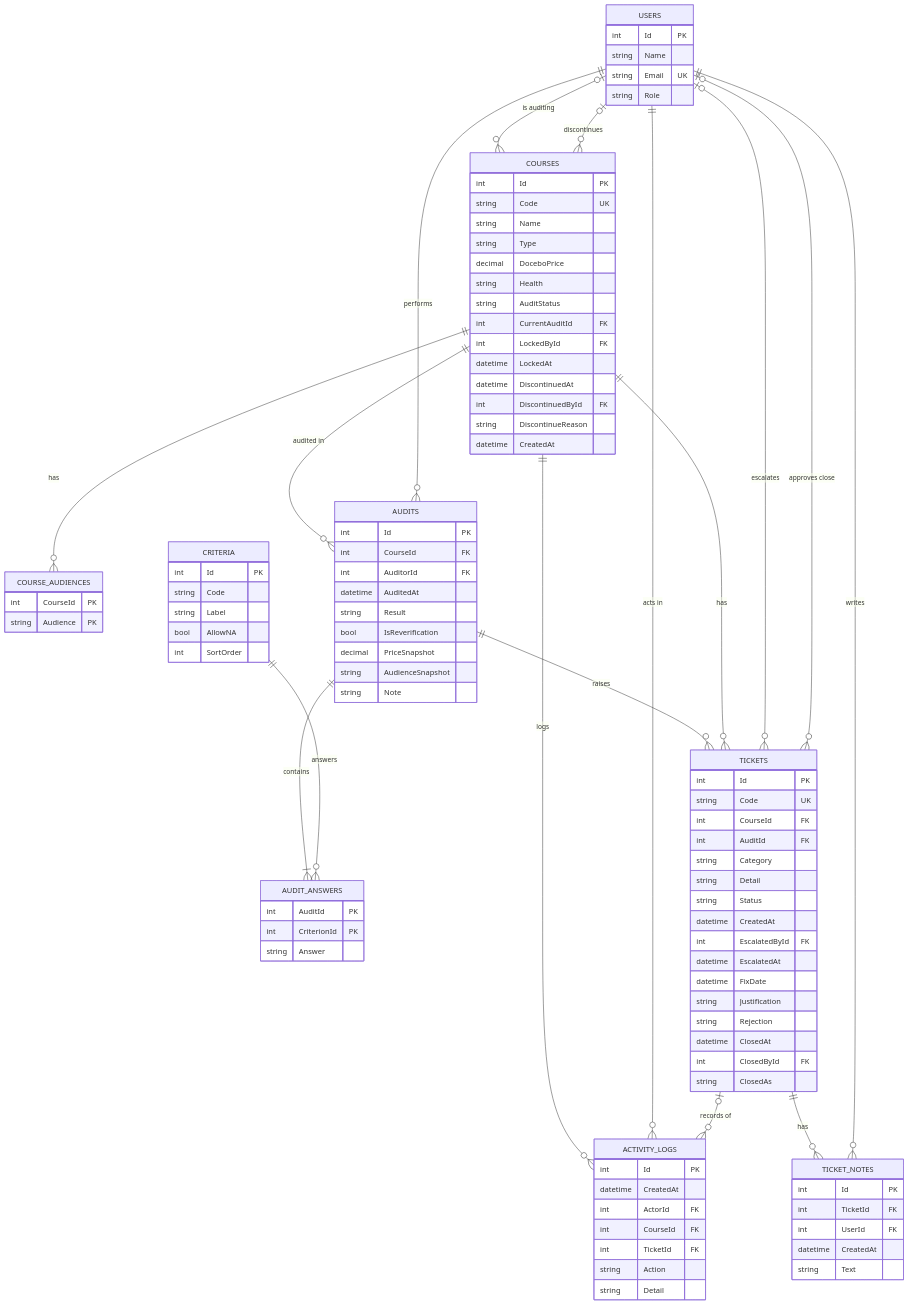
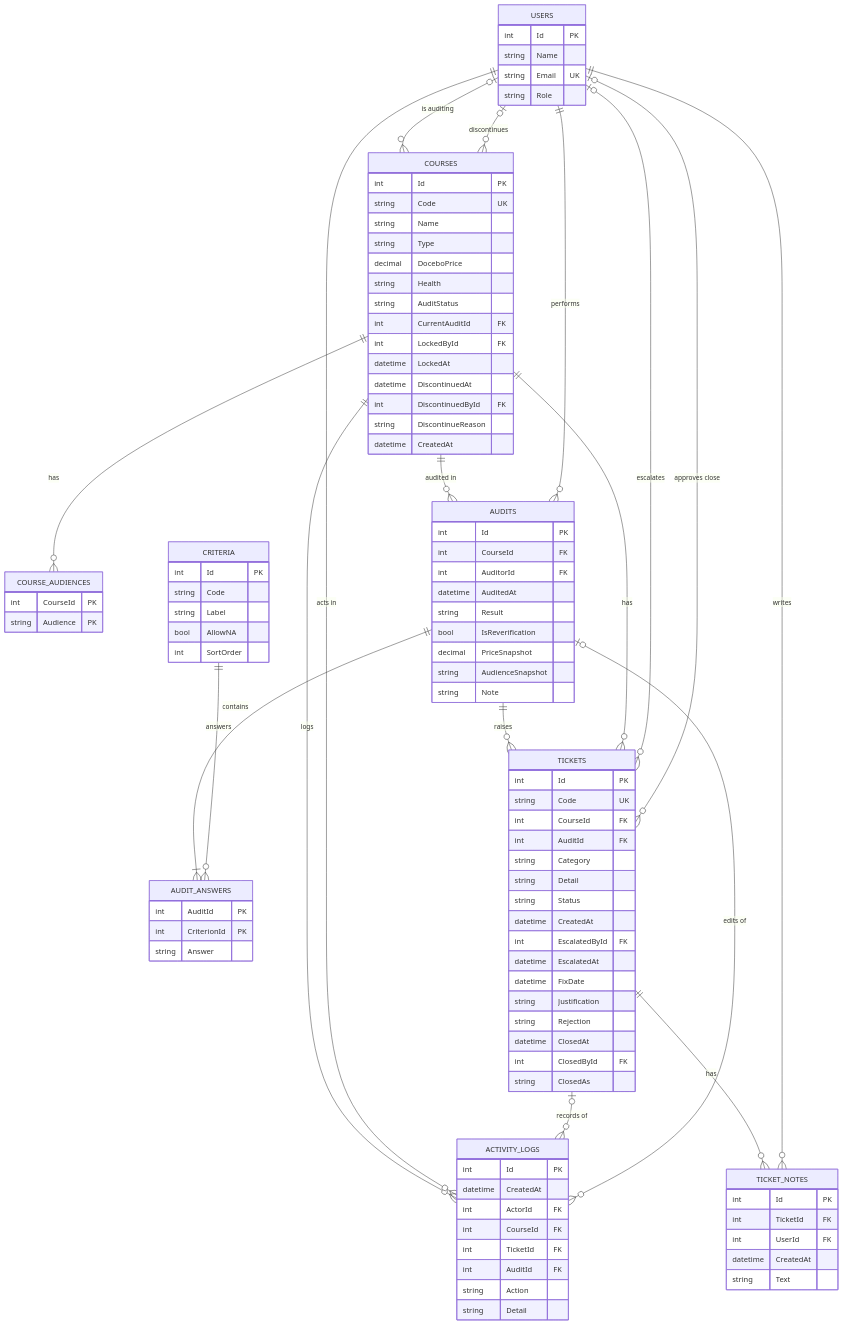
One commit to ahpou9512/course-audit-demo changed the diagram in database.md. Above: the diagram before and after it, drawn with Mermaid. The commit also changed other lines of this file, not shown here.

First line of the commit message:
Link activity logs to audits in the schema doc

```diff
--- a/database.md
+++ b/database.md
@@ -22,6 +22,7 @@
   COURSES ||--o{ ACTIVITY_LOGS : logs
   USERS ||--o{ ACTIVITY_LOGS : "acts in"
   TICKETS |o--o{ ACTIVITY_LOGS : "records of"
+  AUDITS |o--o{ ACTIVITY_LOGS : "edits of"
 
   USERS {
     int Id PK
@@ -103,6 +104,7 @@
     int ActorId FK
     int CourseId FK
     int TicketId FK
+    int AuditId FK
     string Action
     string Detail
   }
```
